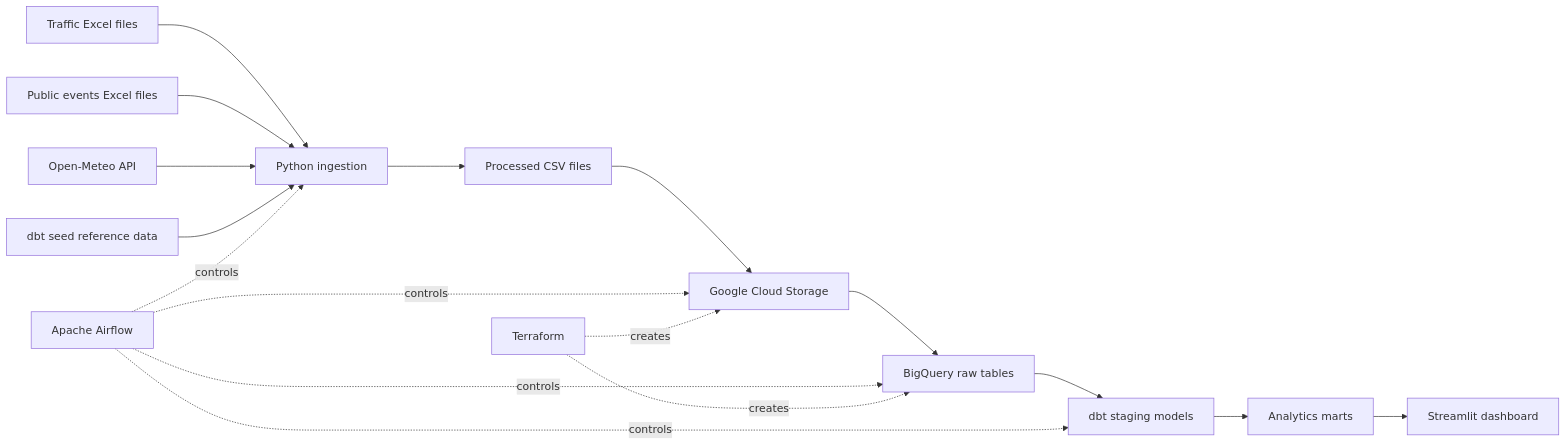
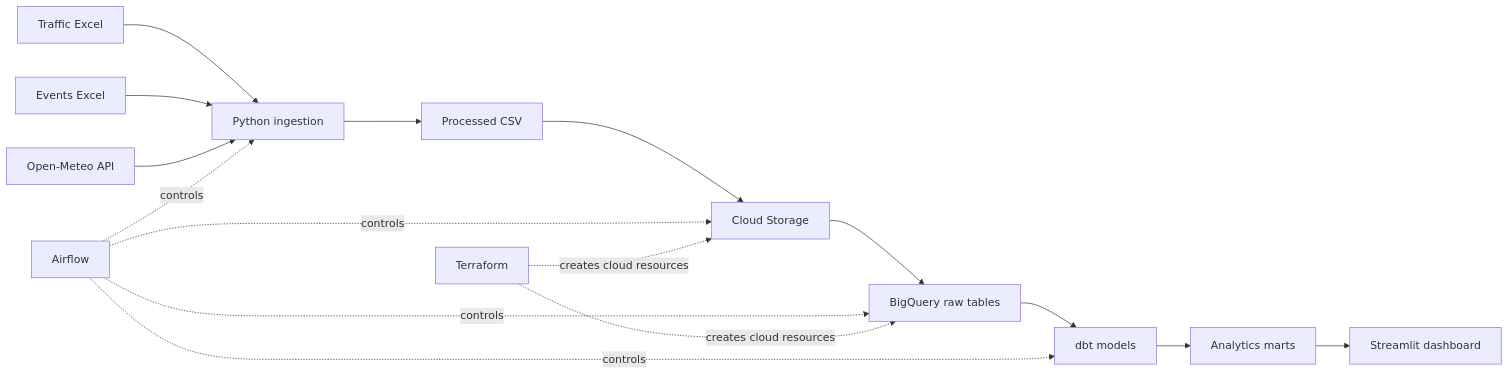
The first of 2 diagrams in README.md (Mohammedamd12/MASAR), drawn with Mermaid before and after one commit. The commit also changed other lines of this file, not shown here.

````diff
--- a/README.md
+++ b/README.md
@@ -44,19 +37,18 @@
 ```mermaid
 flowchart LR
-    A[Traffic Excel files] --> P[Python ingestion]
-    B[Public events Excel files] --> P
-    C[Open-Meteo API] --> P
-    D[dbt seed reference data] --> P
-    P --> E[Processed CSV files]
-    E --> F[Google Cloud Storage]
+    A[Traffic Excel] --> D[Python ingestion]
+    B[Events Excel] --> D
+    C[Open-Meteo API] --> D
+    D --> E[Processed CSV]
+    E --> F[Cloud Storage]
     F --> G[BigQuery raw tables]
-    G --> H[dbt staging models]
+    G --> H[dbt models]
     H --> I[Analytics marts]
     I --> J[Streamlit dashboard]
-    K[Apache Airflow] -. controls .-> P
+    K[Airflow] -. controls .-> D
     K -. controls .-> F
     K -. controls .-> G
     K -. controls .-> H
-    L[Terraform] -. creates .-> F
-    L -. creates .-> G
+    L[Terraform] -. creates cloud resources .-> F
+    L -. creates cloud resources .-> G
 ```
````
